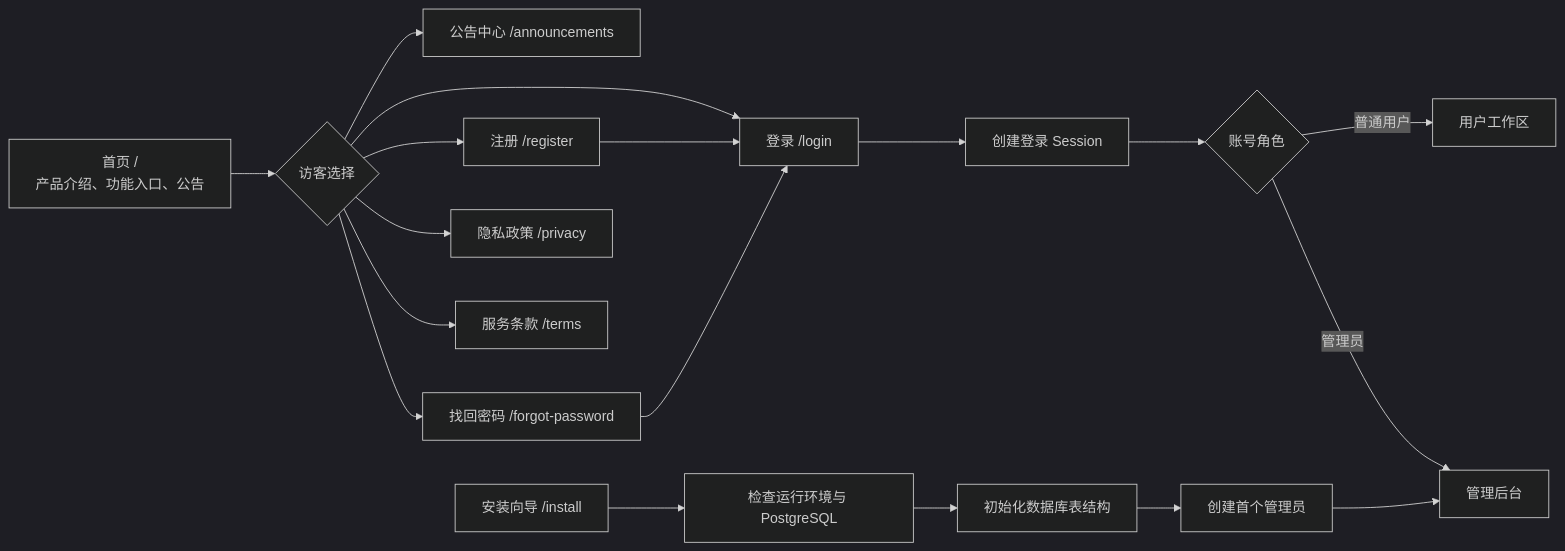
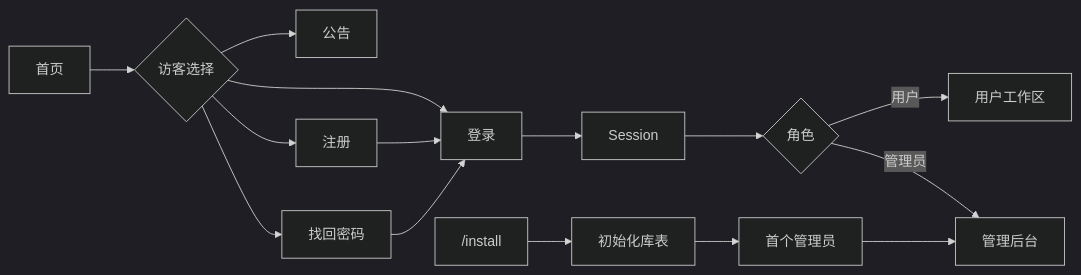
One commit to jiujiu532/JoveCanvas changed the first of 6 diagrams in README.md. Above: the diagram before and after it, drawn with Mermaid (dark theme). The commit also changed other lines of this file and 2 other files, not shown here.

````diff
--- a/README.md
+++ b/README.md
@@ -51,23 +64,17 @@
 ```mermaid
 flowchart LR
-    HOME["首页 /<br/>产品介绍、功能入口、公告"] --> ACTION{"访客选择"}
-
-    ACTION --> ANN["公告中心 /announcements"]
-    ACTION --> LOGIN["登录 /login"]
-    ACTION --> REGISTER["注册 /register"]
-    ACTION --> FORGOT["找回密码 /forgot-password"]
-    ACTION --> PRIVACY["隐私政策 /privacy"]
-    ACTION --> TERMS["服务条款 /terms"]
-
+    HOME["首页"] --> ACTION{"访客选择"}
+    ACTION --> ANN["公告"]
+    ACTION --> LOGIN["登录"]
+    ACTION --> REGISTER["注册"]
+    ACTION --> FORGOT["找回密码"]
     REGISTER --> LOGIN
     FORGOT --> LOGIN
-    LOGIN --> SESSION["创建登录 Session"]
-    SESSION --> ROLE{"账号角色"}
-    ROLE -->|普通用户| USER["用户工作区"]
+    LOGIN --> SESSION["Session"]
+    SESSION --> ROLE{"角色"}
+    ROLE -->|用户| USER["用户工作区"]
     ROLE -->|管理员| ADMIN["管理后台"]
-
-    INSTALL["安装向导 /install"] --> CHECK["检查运行环境与 PostgreSQL"]
-    CHECK --> SCHEMA["初始化数据库表结构"]
-    SCHEMA --> FIRST_ADMIN["创建首个管理员"]
+    INSTALL["/install"] --> SCHEMA["初始化库表"]
+    SCHEMA --> FIRST_ADMIN["首个管理员"]
     FIRST_ADMIN --> ADMIN
 ```
````
